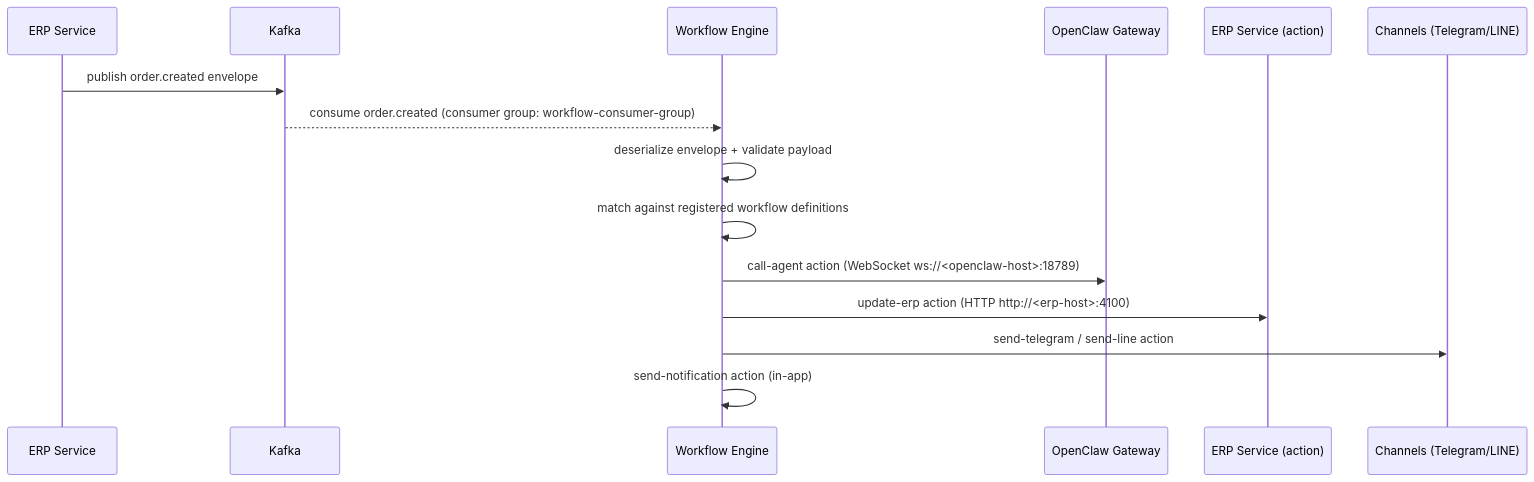
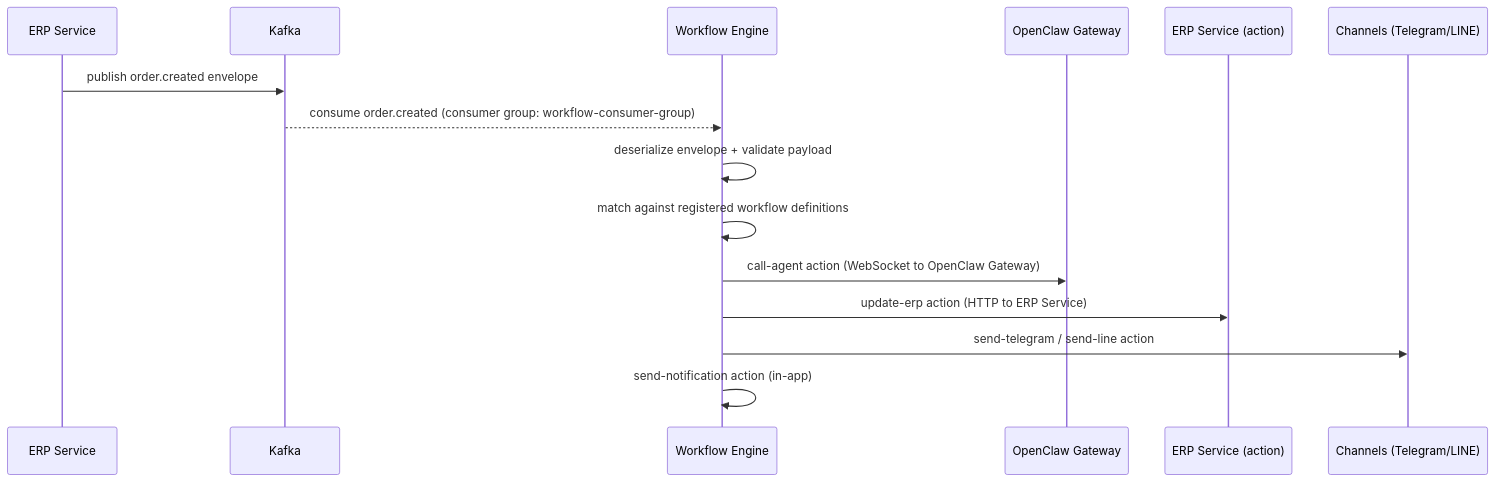
The diagram in architecture/messaging.md (bemindlabs/unicore-ecosystem-docs), drawn with Mermaid before and after one commit.

Commit message:
auto: update 1 file(s) in unicore-ecosystem-docs

````diff
--- a/architecture/messaging.md
+++ b/architecture/messaging.md
@@ -177,18 +177,18 @@
 ```mermaid
 sequenceDiagram
   participant ERP as ERP Service
   participant KF as Kafka
   participant WF as Workflow Engine
   participant OC as OpenClaw Gateway
   participant ERP2 as ERP Service (action)
   participant CH as Channels (Telegram/LINE)
 
   ERP->>KF: publish order.created envelope
   KF-->>WF: consume order.created (consumer group: workflow-consumer-group)
   WF->>WF: deserialize envelope + validate payload
   WF->>WF: match against registered workflow definitions
-  WF->>OC: call-agent action (WebSocket ws://<openclaw-host>:18789)
-  WF->>ERP2: update-erp action (HTTP http://<erp-host>:4100)
+  WF->>OC: call-agent action (WebSocket to OpenClaw Gateway)
+  WF->>ERP2: update-erp action (HTTP to ERP Service)
   WF->>CH: send-telegram / send-line action
   WF->>WF: send-notification action (in-app)
 ```
````
